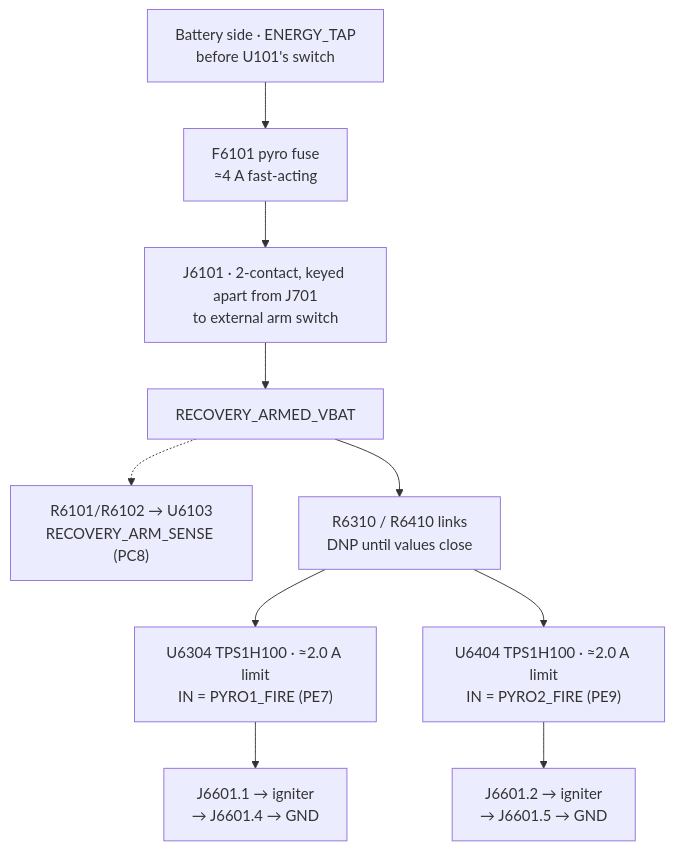
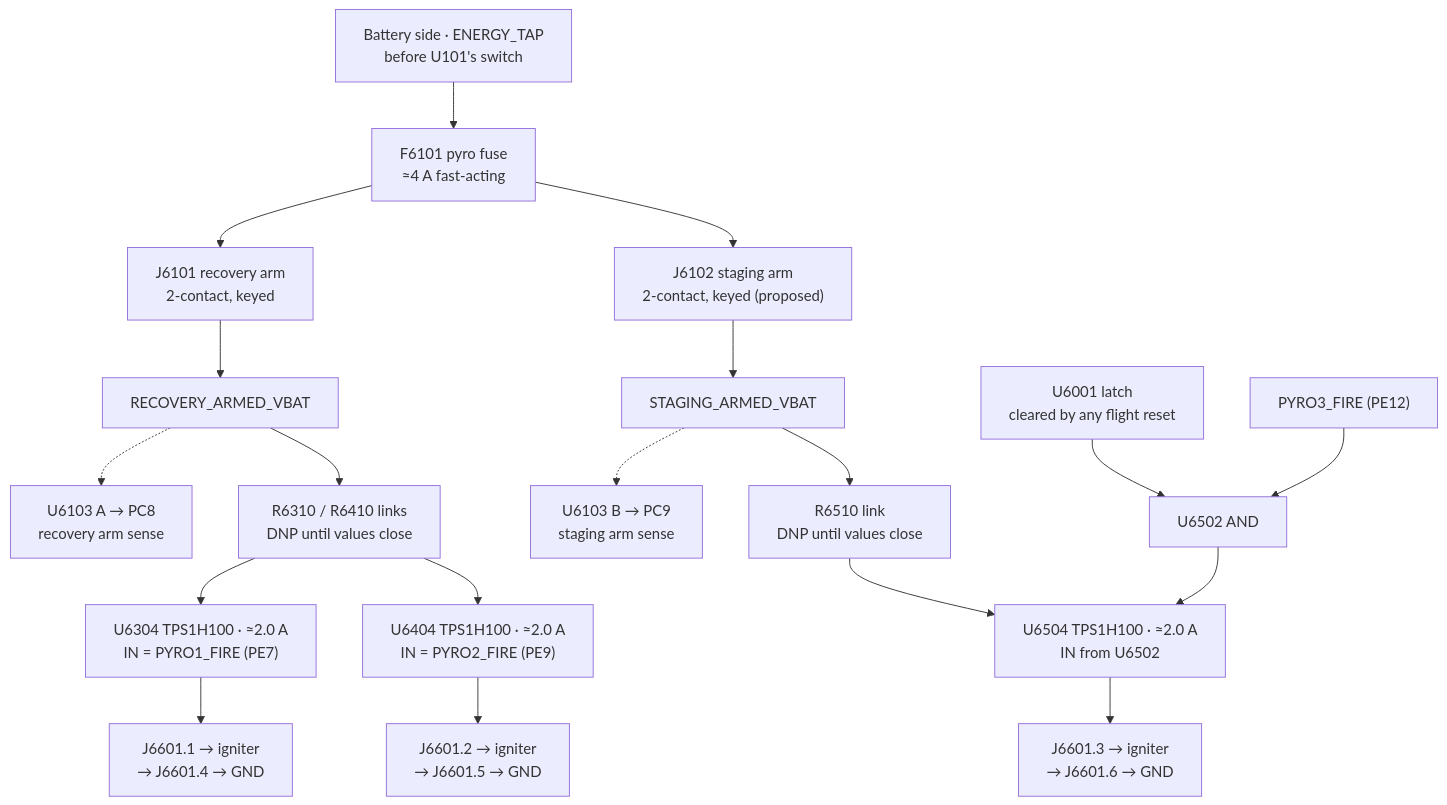
Before and after one commit to ULAS-HiPR/Ogma2: the diagram in docs/architecture/03-energetic-outputs.md, drawn with Mermaid. The commit also changed other lines of this file and 14 other files, not shown here.

````diff
--- a/docs/architecture/03-energetic-outputs.md
+++ b/docs/architecture/03-energetic-outputs.md
@@ -9,21 +12,36 @@
 ```mermaid
 flowchart TB
   B["Battery side · ENERGY_TAP
 before U101's switch"] --> F["F6101 pyro fuse
 ≈4 A fast-acting"]
-  F --> J["J6101 · 2-contact, keyed apart from J701
-to external arm switch"]
+  F --> J["J6101 recovery arm
+2-contact, keyed"]
+  F --> JS["J6102 staging arm
+2-contact, keyed (proposed)"]
   J --> A["RECOVERY_ARMED_VBAT"]
-  A -.-> S["R6101/R6102 → U6103
-RECOVERY_ARM_SENSE (PC8)"]
+  JS --> SA["STAGING_ARMED_VBAT"]
+  A -.-> S["U6103 A → PC8
+recovery arm sense"]
+  SA -.-> SS["U6103 B → PC9
+staging arm sense"]
   A --> L["R6310 / R6410 links
 DNP until values close"]
-  L --> H1["U6304 TPS1H100 · ≈2.0 A limit
+  SA --> L3["R6510 link
+DNP until values close"]
+  L --> H1["U6304 TPS1H100 · ≈2.0 A
 IN = PYRO1_FIRE (PE7)"]
-  L --> H2["U6404 TPS1H100 · ≈2.0 A limit
+  L --> H2["U6404 TPS1H100 · ≈2.0 A
 IN = PYRO2_FIRE (PE9)"]
+  L3 --> H3["U6504 TPS1H100 · ≈2.0 A
+IN from U6502"]
+  LT["U6001 latch
+cleared by any flight reset"] --> G["U6502 AND"]
+  P3["PYRO3_FIRE (PE12)"] --> G
+  G --> H3
   H1 --> O1["J6601.1 → igniter
 → J6601.4 → GND"]
   H2 --> O2["J6601.2 → igniter
 → J6601.5 → GND"]
+  H3 --> O3["J6601.3 → igniter
+→ J6601.6 → GND"]
 ```
````
